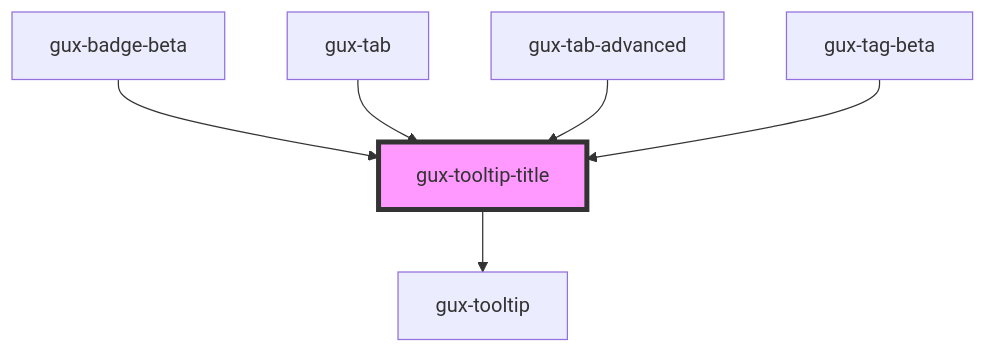
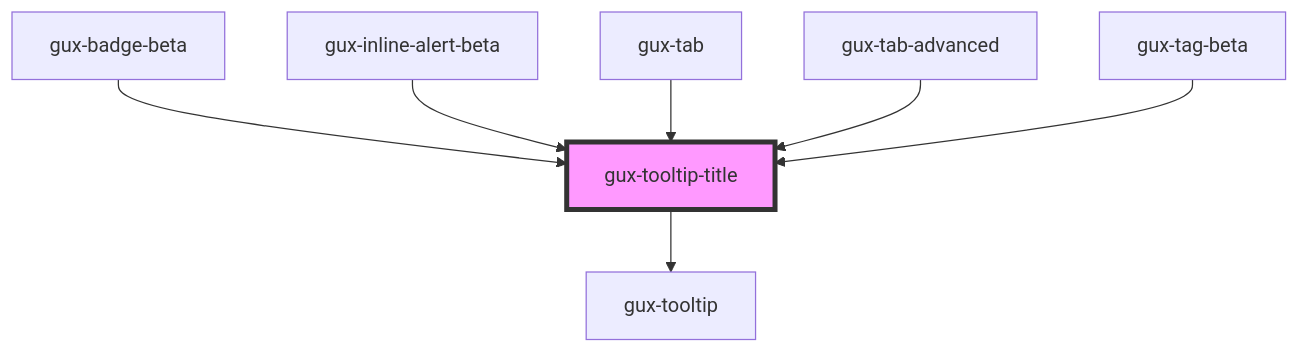
The diagram in src/components/stable/gux-tooltip-title/readme.md (MyPureCloud/genesys-spark), drawn with Mermaid before and after one commit. The commit also changed other lines of this file and 12 other files, not shown here.

````diff
--- a/src/components/stable/gux-tooltip-title/readme.md
+++ b/src/components/stable/gux-tooltip-title/readme.md
@@ -45,9 +46,10 @@
 ```mermaid
 graph TD;
   gux-tooltip-title --> gux-tooltip
   gux-badge-beta --> gux-tooltip-title
+  gux-inline-alert-beta --> gux-tooltip-title
   gux-tab --> gux-tooltip-title
   gux-tab-advanced --> gux-tooltip-title
   gux-tag-beta --> gux-tooltip-title
   style gux-tooltip-title fill:#f9f,stroke:#333,stroke-width:4px
 ```
````
